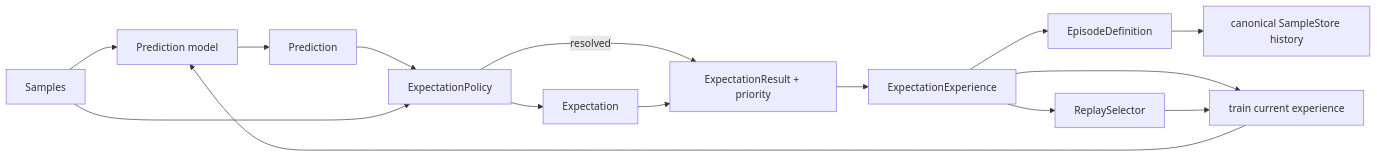
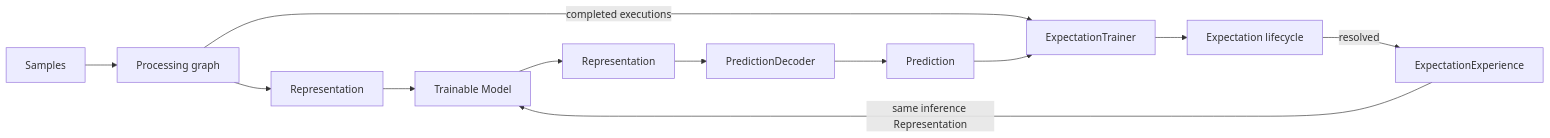
The third of 4 diagrams in docs/expectations.md (skasti/skyn-vaettr), drawn with Mermaid before and after one commit. The commit also changed other lines of this file, not shown here.

Commit message:
Document latent model and decoder learning flow

````diff
--- a/docs/expectations.md
+++ b/docs/expectations.md
@@ -83,17 +76,15 @@
 ```mermaid
 flowchart LR
-    S[Samples] --> M[Prediction model]
-    M --> P[Prediction]
-    P --> G[ExpectationPolicy]
-    G --> E[Expectation]
-    S --> G
-    G -->|resolved| R[ExpectationResult + priority]
-    E --> R
-    R --> X[ExpectationExperience]
-    X --> D[EpisodeDefinition]
-    X --> T[train current experience]
-    D --> H[canonical SampleStore history]
-    X --> Q[ReplaySelector]
-    Q --> T
-    T --> M
+    S[Samples] --> G[Processing graph]
+    G --> R[Representation]
+    R --> M[Trainable Model]
+    M --> O[Representation]
+    O --> D[PredictionDecoder]
+    D --> P[Prediction]
+
+    G -->|completed executions| T[ExpectationTrainer]
+    P --> T
+    T --> E[Expectation lifecycle]
+    E -->|resolved| X[ExpectationExperience]
+    X -->|same inference Representation| M
 ```
````
